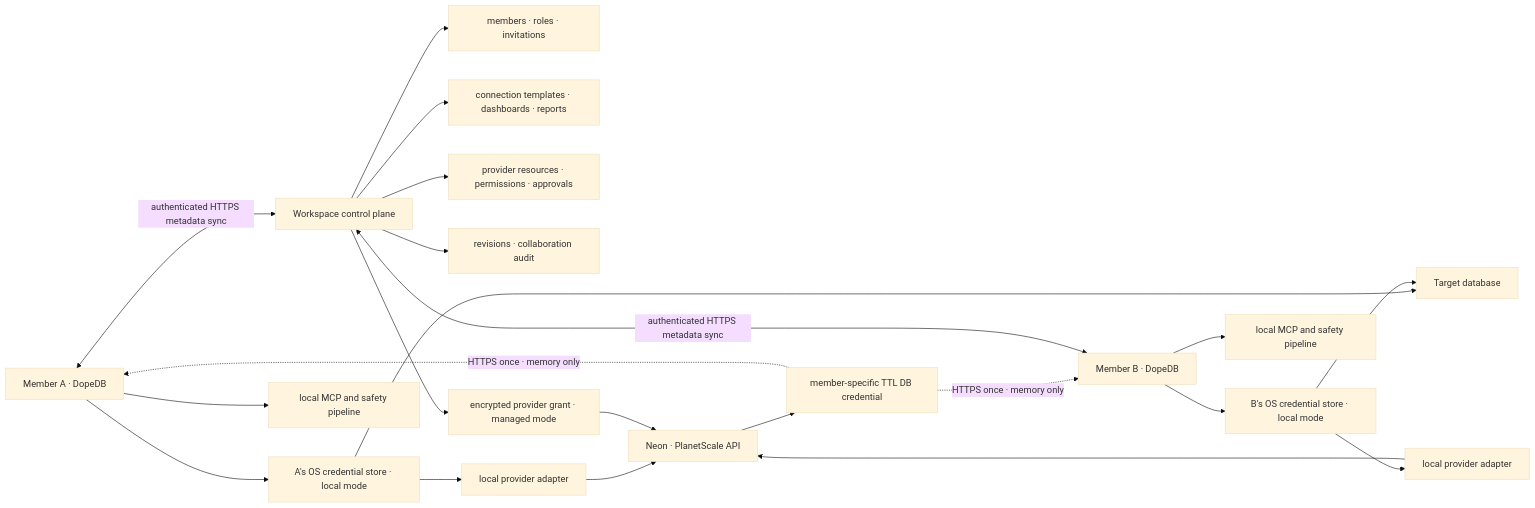
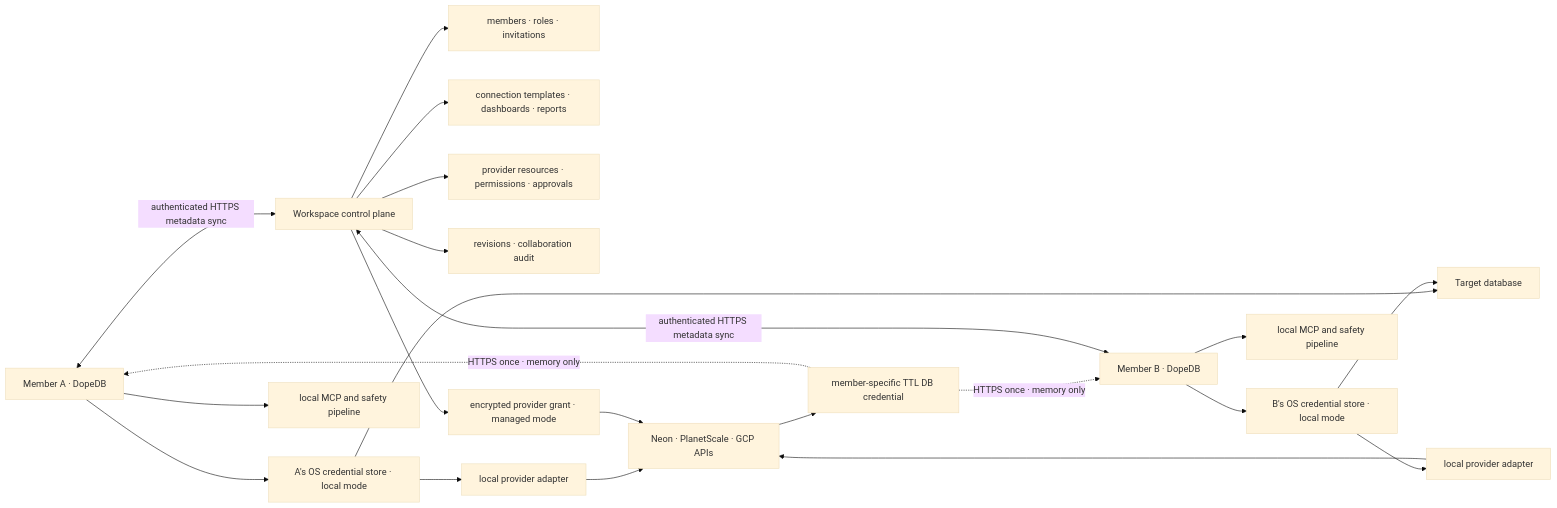
Before and after one commit to jaesong-blip/dopedb: the diagram in docs/WORKSPACE_ROADMAP.md, drawn with Mermaid (base theme). The commit also changed other lines of this file and 105 other files, not shown here.

````diff
--- a/docs/WORKSPACE_ROADMAP.md
+++ b/docs/WORKSPACE_ROADMAP.md
@@ -45,24 +46,24 @@
 ```mermaid
 flowchart LR
     A["Member A · DopeDB"] <-->|"authenticated HTTPS metadata sync"| W["Workspace control plane"]
     B["Member B · DopeDB"] <-->|"authenticated HTTPS metadata sync"| W
     W --> M["members · roles · invitations"]
     W --> R["connection templates · dashboards · reports"]
     W --> P["provider resources · permissions · approvals"]
     W --> V["revisions · collaboration audit"]
     A --> KA["A's OS credential store · local mode"]
     B --> KB["B's OS credential store · local mode"]
     KA --> D["Target database"]
     KB --> D
     KA --> PA["local provider adapter"]
     KB --> PB["local provider adapter"]
-    PA --> API["Neon · PlanetScale API"]
+    PA --> API["Neon · PlanetScale · GCP APIs"]
     PB --> API
     W --> MI["encrypted provider grant · managed mode"]
     MI --> API
     API --> EP["member-specific TTL DB credential"]
     EP -.->|"HTTPS once · memory only"| A
     EP -.->|"HTTPS once · memory only"| B
     A --> SA["local MCP and safety pipeline"]
     B --> SB["local MCP and safety pipeline"]
 ```
````
